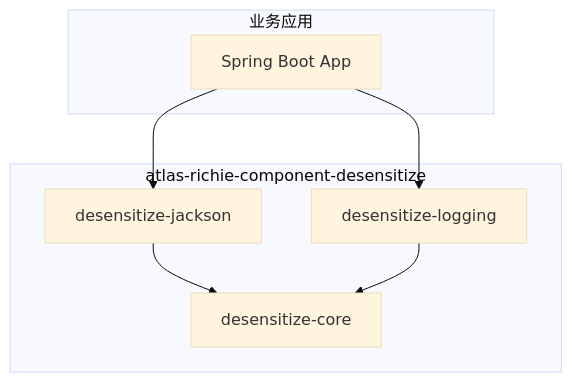
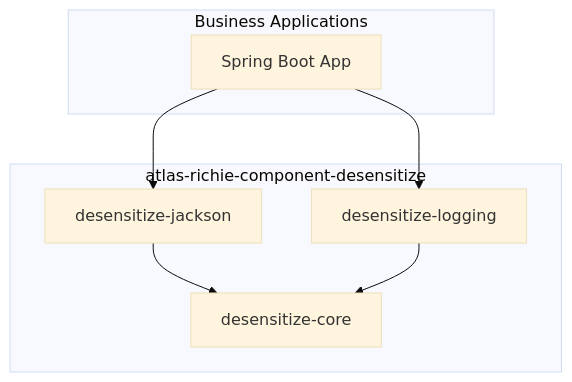
One commit to richie696/atlas-richie-platform changed the first of 9 diagrams in atlas-richie-component/atlas-richie-component-desensitize/README.md. Above: the diagram before and after it, drawn with Mermaid (base theme). The commit also changed other lines of this file and 69 other files, not shown here.

````diff
--- a/atlas-richie-component/atlas-richie-component-desensitize/README.md
+++ b/atlas-richie-component/atlas-richie-component-desensitize/README.md
@@ -43,17 +96,17 @@
 ```mermaid
 flowchart TB
-    subgraph apps [业务应用]
+    subgraph apps [Business Applications]
         APP[Spring Boot App]
     end
 
     subgraph desensitize [atlas-richie-component-desensitize]
         CORE[desensitize-core]
         JACKSON[desensitize-jackson]
         LOGGING[desensitize-logging]
     end
 
     APP --> JACKSON
     APP --> LOGGING
     JACKSON --> CORE
     LOGGING --> CORE
 ```
````
